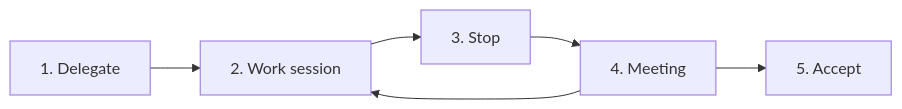
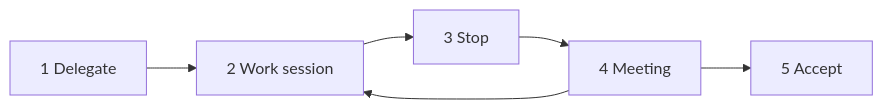
The diagram in README.md (GanniPiece/tarokaja), drawn with Mermaid before and after one commit. The commit also changed other lines of this file and 1 other file, not shown here.

Commit message:
Fix the README diagram on GitHub and trim the change log
GitHub's Mermaid reads "1. " at the start of a label as a Markdown
list, which it cannot render, so the concept diagram failed. Write the
step number without the dot, in both diagrams.

Before the first release, the version tables need one row only.

````diff
--- a/README.md
+++ b/README.md
@@ -38,8 +34,8 @@
 ```mermaid
 flowchart LR
-  s1["1. Delegate"] --> s2["2. Work session"]
-  s2 --> s3["3. Stop"]
-  s3 --> s4["4. Meeting"]
+  s1["1 Delegate"] --> s2["2 Work session"]
+  s2 --> s3["3 Stop"]
+  s3 --> s4["4 Meeting"]
   s4 --> s2
-  s4 --> s5["5. Accept"]
+  s4 --> s5["5 Accept"]
 ```
````
